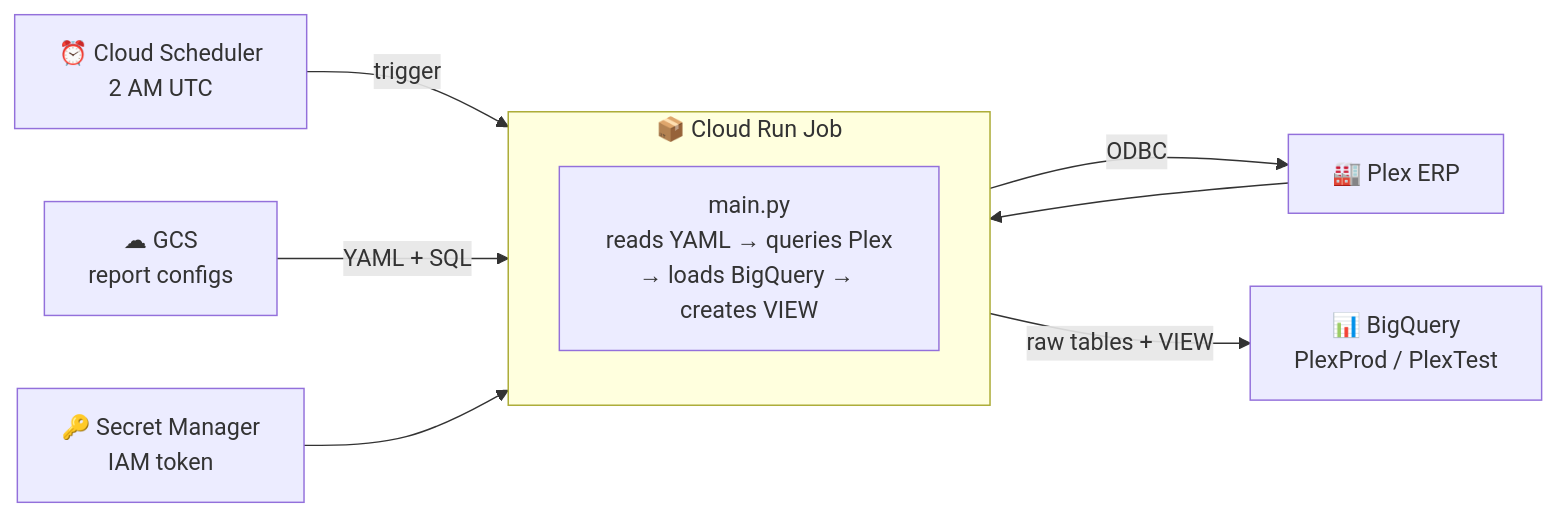
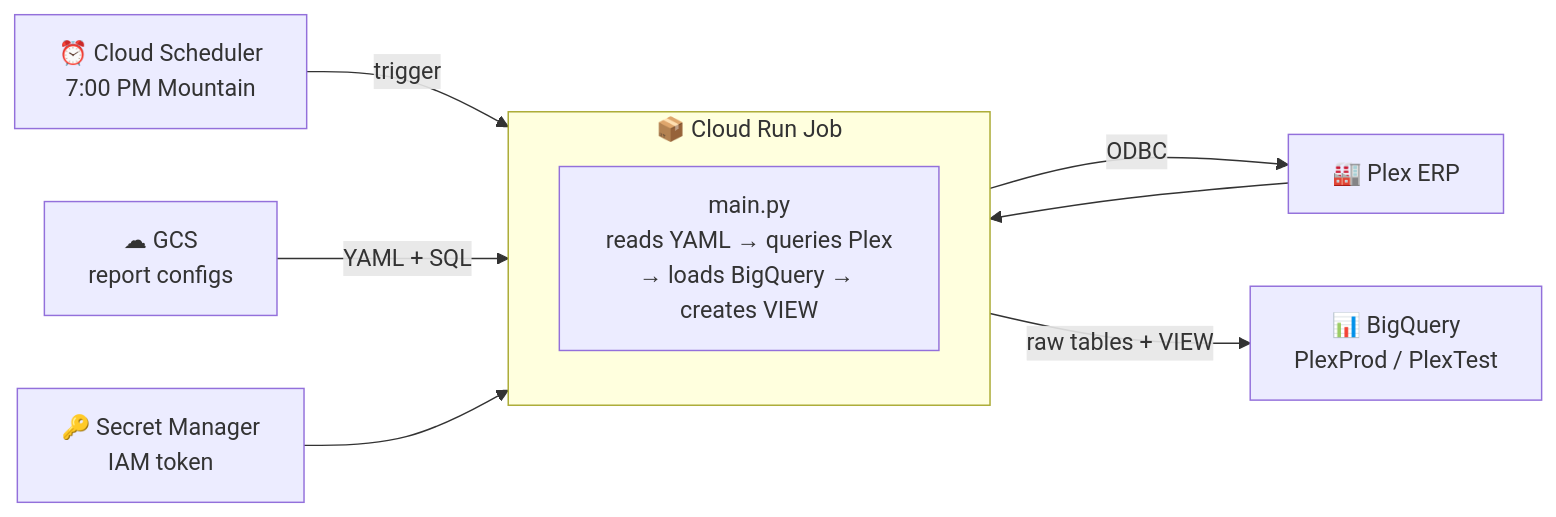
One commit to Parasol-Group-Inc/plex-to-big-query changed the diagram in README.md. Above: the diagram before and after it, drawn with Mermaid. The commit also changed 24 other files, not shown here.

````diff
--- a/README.md
+++ b/README.md
@@ -11,14 +11,14 @@
 ```mermaid
 graph LR
-    SCHED["⏰ Cloud Scheduler\n2 AM UTC"] -->|trigger| CR
+    SCHED["⏰ Cloud Scheduler\n7:00 PM Mountain"] -->|trigger| CR
     GCS["☁ GCS\nreport configs"] -->|YAML + SQL| CR
     SM["🔑 Secret Manager\nIAM token"] --> CR
 
     subgraph CR["📦 Cloud Run Job"]
         MAIN["main.py\nreads YAML → queries Plex\n→ loads BigQuery → creates VIEW"]
     end
 
     CR -->|ODBC| PLEX["🏭 Plex ERP"]
     PLEX --> CR
     CR -->|raw tables + VIEW| BQ["📊 BigQuery\nPlexProd / PlexTest"]
 ```
````
